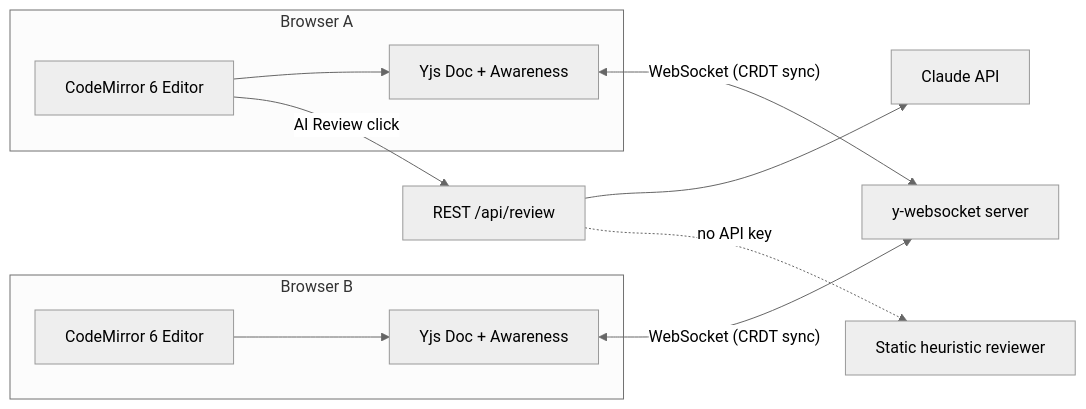
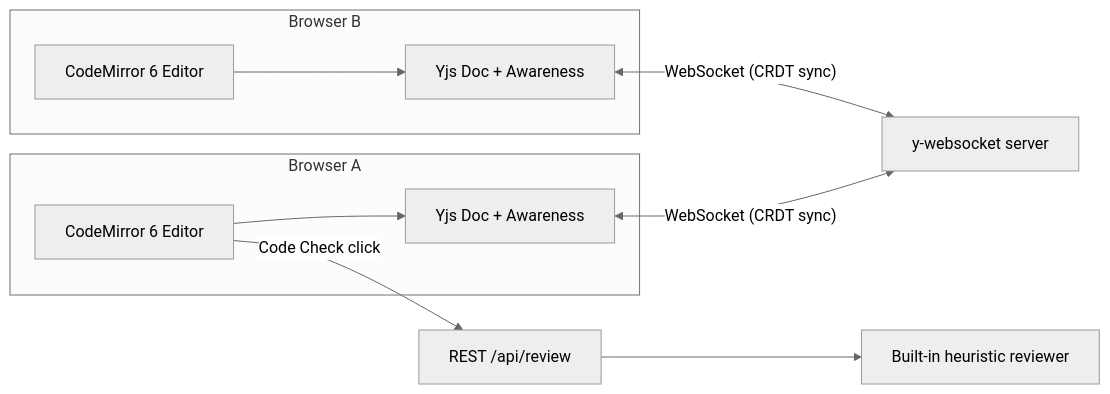
The diagram in README.md (Meloxy-tech/CollabCode), drawn with Mermaid (neutral theme) before and after one commit. The commit also changed other lines of this file and 9 other files, not shown here.

Commit message:
feat: add code execution without API keys

````diff
--- a/README.md
+++ b/README.md
@@ -34,14 +33,13 @@
 ```mermaid
 flowchart LR
     subgraph Browser A
         EA[CodeMirror 6 Editor] --> YA[Yjs Doc + Awareness]
     end
     subgraph Browser B
         EB[CodeMirror 6 Editor] --> YB[Yjs Doc + Awareness]
     end
     YA <-- WebSocket (CRDT sync) --> WS[y-websocket server]
     YB <-- WebSocket (CRDT sync) --> WS
-    EA -- "AI Review" click --> API[REST /api/review]
-    API --> Claude[Claude API]
-    API -. no API key .-> Heuristic[Static heuristic reviewer]
+    EA -- "Code Check" click --> API[REST /api/review]
+    API --> Heuristic[Built-in heuristic reviewer]
 ```
````
